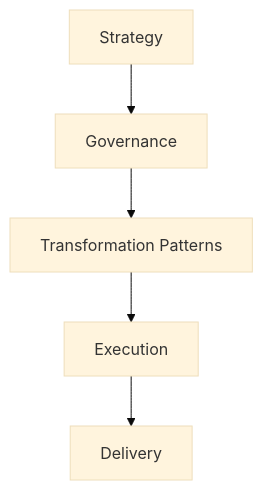
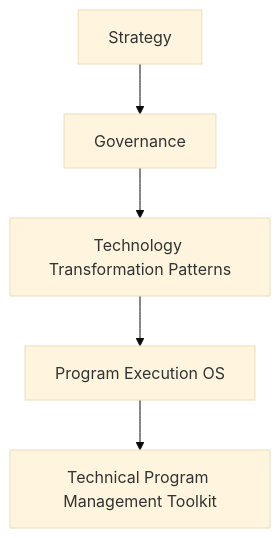
The second of 2 diagrams in README.md (somerwalker/technology-transformation-patterns), drawn with Mermaid (base theme) before and after one commit. The commit also changed other lines of this file, not shown here.

````diff
--- a/README.md
+++ b/README.md
@@ -103,9 +107,9 @@
 ```mermaid
 flowchart TB
 
-A[Strategy]
---> B[Governance]
---> C[Transformation Patterns]
---> D[Execution]
---> E[Delivery]
+Strategy[Strategy]
+--> Governance[Governance]
+--> Patterns[Technology Transformation Patterns]
+--> Execution[Program Execution OS]
+--> Delivery[Technical Program Management Toolkit]
 ```
````
